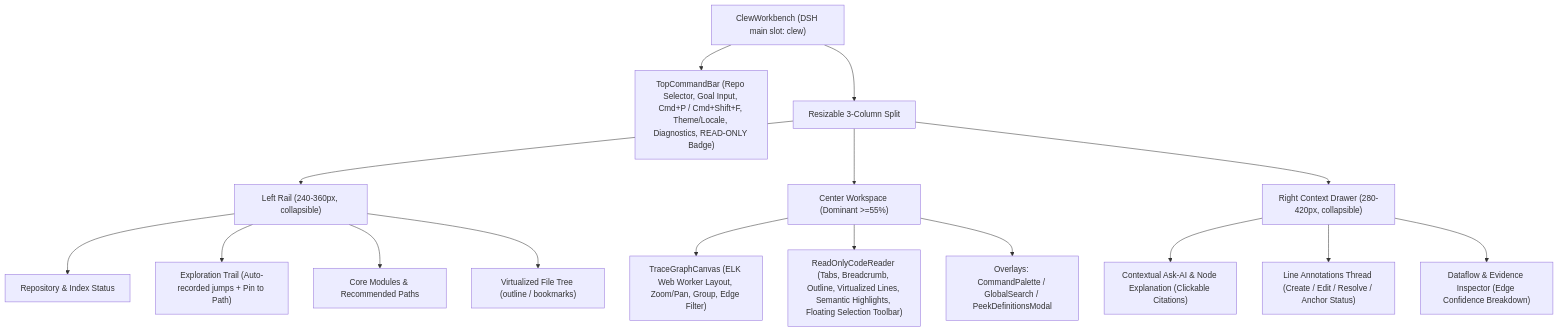
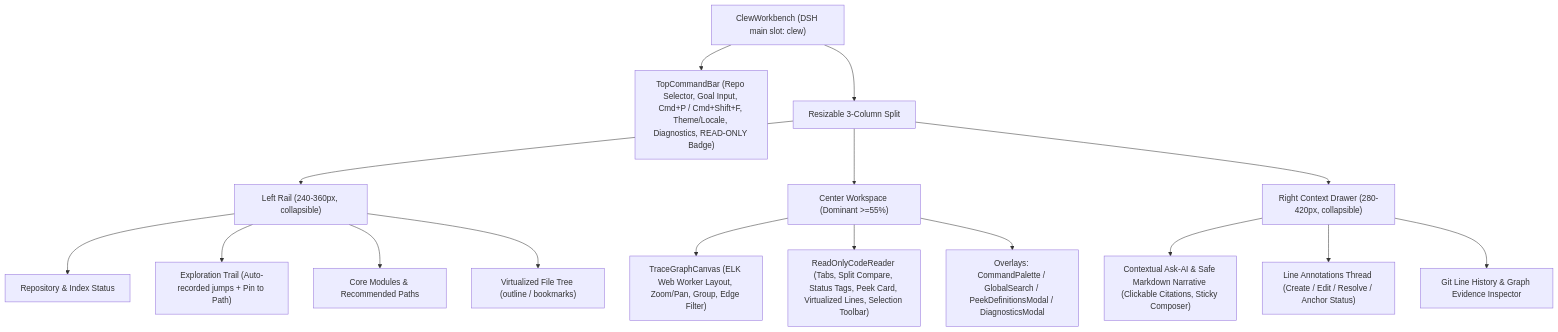
The first of 2 diagrams in DESIGN.md (xzwsloser/clew), drawn with Mermaid before and after one commit. The commit also changed 18 other files, not shown here.

````diff
--- a/DESIGN.md
+++ b/DESIGN.md
@@ -61,21 +61,21 @@
 ```mermaid
 flowchart TD
     Root["ClewWorkbench (DSH main slot: clew)"] --> TopBar["TopCommandBar (Repo Selector, Goal Input, Cmd+P / Cmd+Shift+F, Theme/Locale, Diagnostics, READ-ONLY Badge)"]
     Root --> Columns["Resizable 3-Column Split"]
 
     Columns --> Left["Left Rail (240-360px, collapsible)"]
     Left --> L1["Repository & Index Status"]
     Left --> L2["Exploration Trail (Auto-recorded jumps + Pin to Path)"]
     Left --> L3["Core Modules & Recommended Paths"]
     Left --> L4["Virtualized File Tree (outline / bookmarks)"]
 
     Columns --> Center["Center Workspace (Dominant >=55%)"]
     Center --> CTop["TraceGraphCanvas (ELK Web Worker Layout, Zoom/Pan, Group, Edge Filter)"]
-    Center --> CBot["ReadOnlyCodeReader (Tabs, Breadcrumb, Outline, Virtualized Lines, Semantic Highlights, Floating Selection Toolbar)"]
-    Center --> CModal["Overlays: CommandPalette / GlobalSearch / PeekDefinitionsModal"]
+    Center --> CBot["ReadOnlyCodeReader (Tabs, Split Compare, Status Tags, Peek Card, Virtualized Lines, Selection Toolbar)"]
+    Center --> CModal["Overlays: CommandPalette / GlobalSearch / PeekDefinitionsModal / DiagnosticsModal"]
 
     Columns --> Right["Right Context Drawer (280-420px, collapsible)"]
-    Right --> R1["Contextual Ask-AI & Node Explanation (Clickable Citations)"]
+    Right --> R1["Contextual Ask-AI & Safe Markdown Narrative (Clickable Citations, Sticky Composer)"]
     Right --> R2["Line Annotations Thread (Create / Edit / Resolve / Anchor Status)"]
-    Right --> R3["Dataflow & Evidence Inspector (Edge Confidence Breakdown)"]
+    Right --> R3["Git Line History & Graph Evidence Inspector"]
 ```
````
